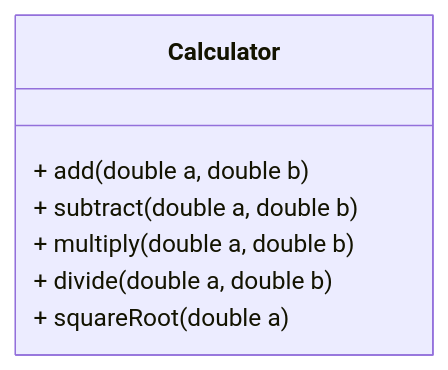
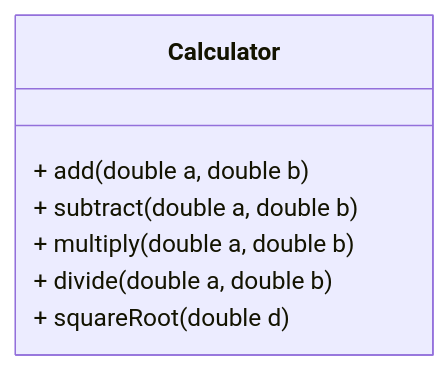
One commit to Proha223/Calculator changed the diagram in README.MD. Above: the diagram before and after it, drawn with Mermaid.

````diff
--- a/README.MD
+++ b/README.MD
@@ -1,10 +1,10 @@
 ```mermaid
 classDiagram
     class Calculator {
         + add(double a, double b)
         + subtract(double a, double b)
         + multiply(double a, double b)
         + divide(double a, double b)
-        + squareRoot(double a)
+        + squareRoot(double d)
     }
 ```
````
